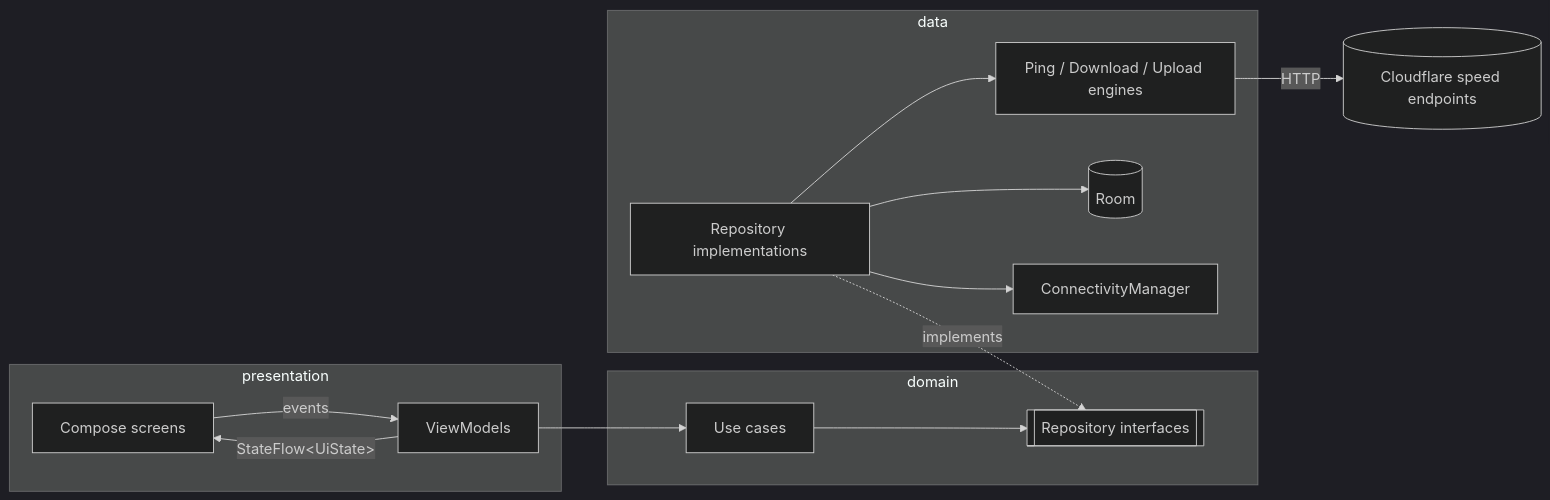
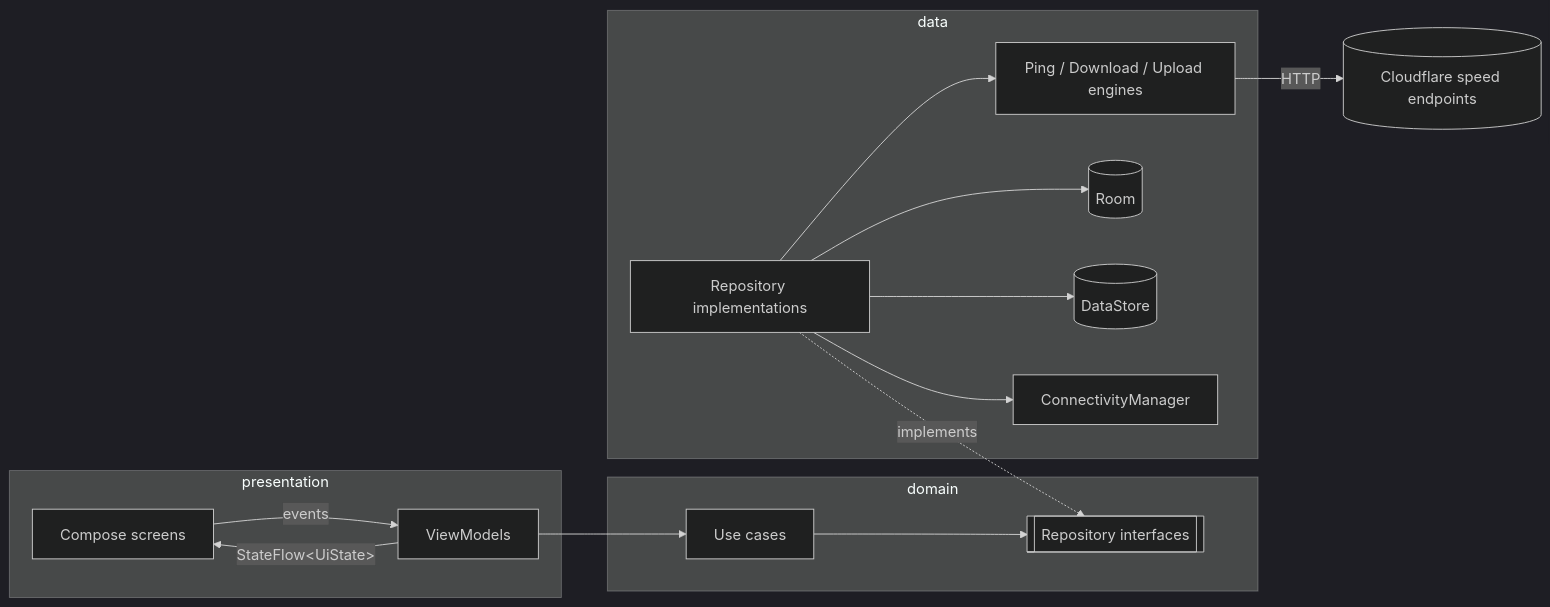
Before and after one commit to willyrafaelfs/Network-Speed-Test: the diagram in README.md, drawn with Mermaid (dark theme). The commit also changed other lines of this file and 1 other file, not shown here.

````diff
--- a/README.md
+++ b/README.md
@@ -64,23 +78,25 @@
 ```mermaid
 flowchart LR
     subgraph presentation
         UI[Compose screens] -->|events| VM[ViewModels]
         VM -->|StateFlow&lt;UiState&gt;| UI
     end
     subgraph domain
         UC[Use cases]
         REPO[[Repository interfaces]]
     end
     subgraph data
         IMPL[Repository implementations]
         ENGINE[Ping / Download / Upload engines]
         DB[(Room)]
+        DS[(DataStore)]
         CM[ConnectivityManager]
     end
 
     VM --> UC --> REPO
     IMPL -. implements .-> REPO
     IMPL --> ENGINE -->|HTTP| CF[(Cloudflare speed endpoints)]
     IMPL --> DB
+    IMPL --> DS
     IMPL --> CM
 ```
````
